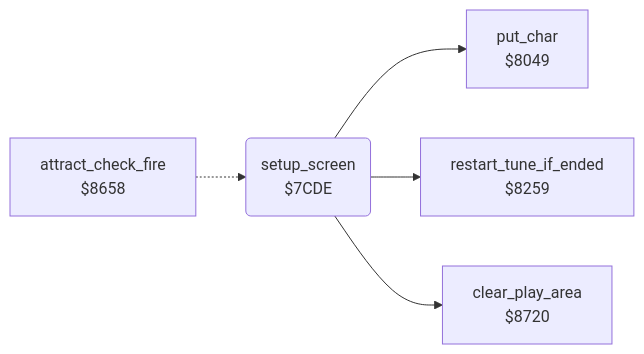
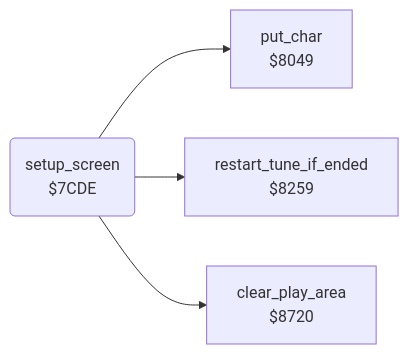
The diagram in hover_bovver/docs/reference/modules/setup/setup_screen.md (henols/c64_games), drawn with Mermaid before and after one commit. The commit also changed other lines of this file and 1100 other files, not shown here.

````diff
--- a/hover_bovver/docs/reference/modules/setup/setup_screen.md
+++ b/hover_bovver/docs/reference/modules/setup/setup_screen.md
@@ -10,12 +23,10 @@
 ```mermaid
 flowchart LR
   n7cde("setup_screen<br/>$7CDE")
   n8049["put_char<br/>$8049"]
   n8259["restart_tune_if_ended<br/>$8259"]
-  n8658["attract_check_fire<br/>$8658"]
   n8720["clear_play_area<br/>$8720"]
   n7cde --> n8049
   n7cde --> n8259
   n7cde --> n8720
-  n8658 -.-> n7cde
 ```
````
